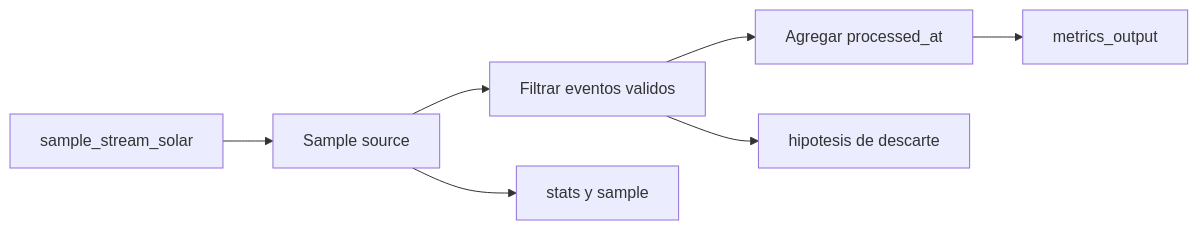
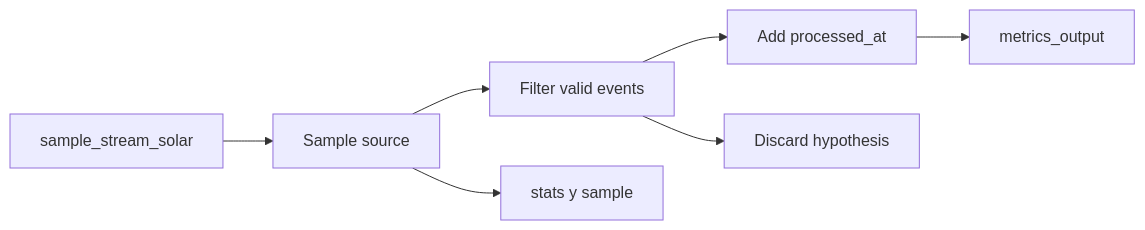
Before and after one commit to unai-ss/atlas-stream-processor-playground: the diagram in projects/07-metrics-observability/README.md, drawn with Mermaid. The commit also changed other lines of this file and 9 other files, not shown here.

````diff
--- a/projects/07-metrics-observability/README.md
+++ b/projects/07-metrics-observability/README.md
@@ -37,9 +37,9 @@
 ```mermaid
 flowchart LR
    A[sample_stream_solar] --> B[Sample source]
-   B --> C[Filtrar eventos validos]
-    C --> D[Agregar processed_at]
+   B --> C[Filter valid events]
+    C --> D[Add processed_at]
     D --> E[metrics_output]
     B --> F[stats y sample]
-    C --> G[hipotesis de descarte]
+   C --> G[Discard hypothesis]
 ```
````
